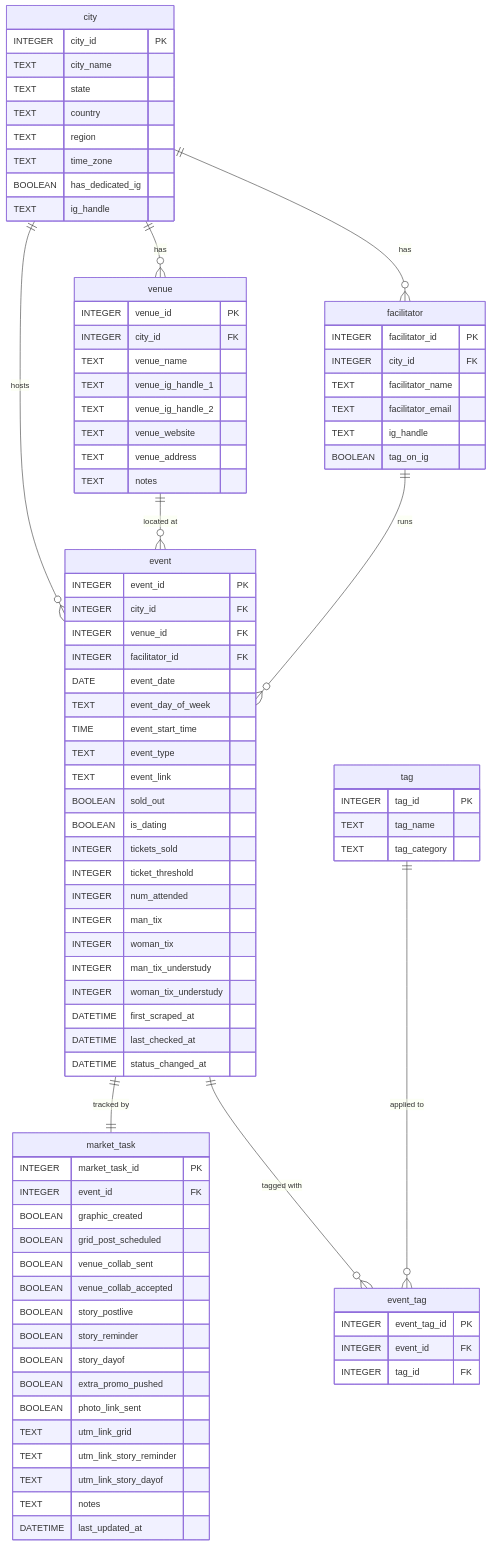
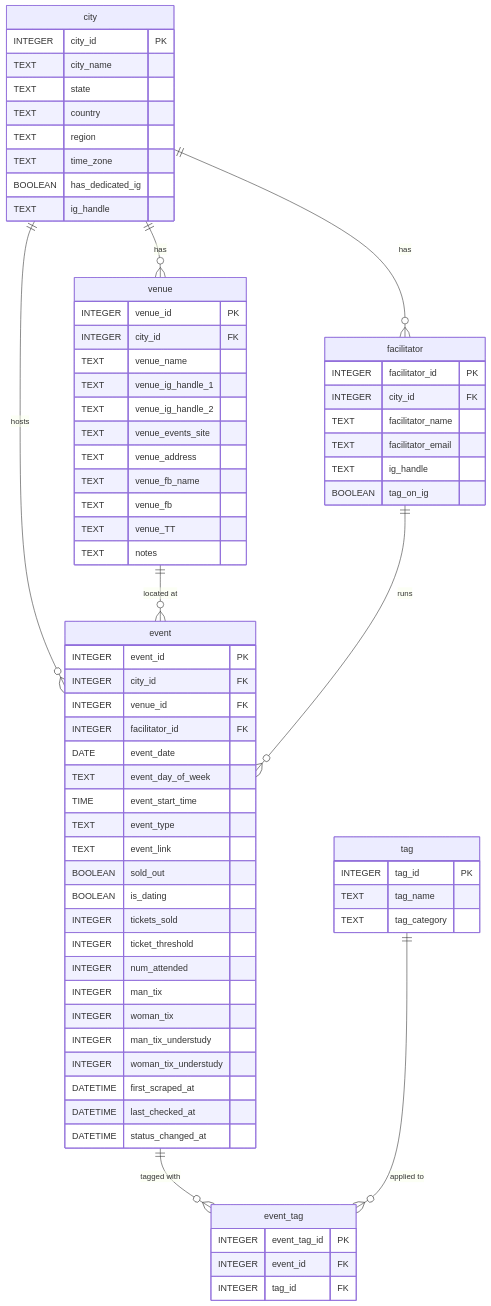
Before and after one commit to ellen-dege/stst_dev: the diagram in STST_DBv2_ER_diagram.mermaid, drawn with Mermaid. The commit also changed 10 other files, not shown here.

Commit message:
removed market_tasks table and updated venue table per latest workflow

```diff
--- a/STST_DBv2_ER_diagram.mermaid
+++ b/STST_DBv2_ER_diagram.mermaid
@@ -1,95 +1,78 @@
 erDiagram
     city {
         INTEGER city_id PK
         TEXT city_name
         TEXT state
         TEXT country
         TEXT region
         TEXT time_zone
         BOOLEAN has_dedicated_ig
         TEXT ig_handle
     }
 
     facilitator {
         INTEGER facilitator_id PK
         INTEGER city_id FK
         TEXT facilitator_name
         TEXT facilitator_email
         TEXT ig_handle
         BOOLEAN tag_on_ig
     }
 
     venue {
         INTEGER venue_id PK
         INTEGER city_id FK
         TEXT venue_name
         TEXT venue_ig_handle_1
         TEXT venue_ig_handle_2
-        TEXT venue_website
+        TEXT venue_events_site
         TEXT venue_address
+        TEXT venue_fb_name
+        TEXT venue_fb
+        TEXT venue_TT
         TEXT notes
     }
 
     event {
         INTEGER event_id PK
         INTEGER city_id FK
         INTEGER venue_id FK
         INTEGER facilitator_id FK
         DATE event_date
         TEXT event_day_of_week
         TIME event_start_time
         TEXT event_type
         TEXT event_link
         BOOLEAN sold_out
         BOOLEAN is_dating
         INTEGER tickets_sold
         INTEGER ticket_threshold
         INTEGER num_attended
         INTEGER man_tix
         INTEGER woman_tix
         INTEGER man_tix_understudy
         INTEGER woman_tix_understudy
         DATETIME first_scraped_at
         DATETIME last_checked_at
         DATETIME status_changed_at
     }
 
-    market_task {
-        INTEGER market_task_id PK
-        INTEGER event_id FK
-        BOOLEAN graphic_created
-        BOOLEAN grid_post_scheduled
-        BOOLEAN venue_collab_sent
-        BOOLEAN venue_collab_accepted
-        BOOLEAN story_postlive
-        BOOLEAN story_reminder
-        BOOLEAN story_dayof
-        BOOLEAN extra_promo_pushed
-        BOOLEAN photo_link_sent
-        TEXT utm_link_grid
-        TEXT utm_link_story_reminder
-        TEXT utm_link_story_dayof
-        TEXT notes
-        DATETIME last_updated_at
-    }
-
     tag {
         INTEGER tag_id PK
         TEXT tag_name
         TEXT tag_category
     }
 
     event_tag {
         INTEGER event_tag_id PK
         INTEGER event_id FK
         INTEGER tag_id FK
     }
 
     city ||--o{ facilitator : "has"
     city ||--o{ venue : "has"
     city ||--o{ event : "hosts"
     venue ||--o{ event : "located at"
     facilitator ||--o{ event : "runs"
-    event ||--|| market_task : "tracked by"
     event ||--o{ event_tag : "tagged with"
     tag ||--o{ event_tag : "applied to"
```
